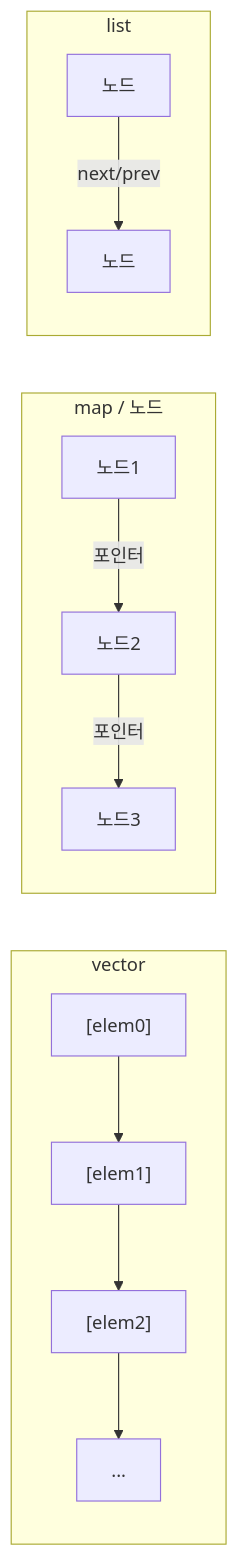
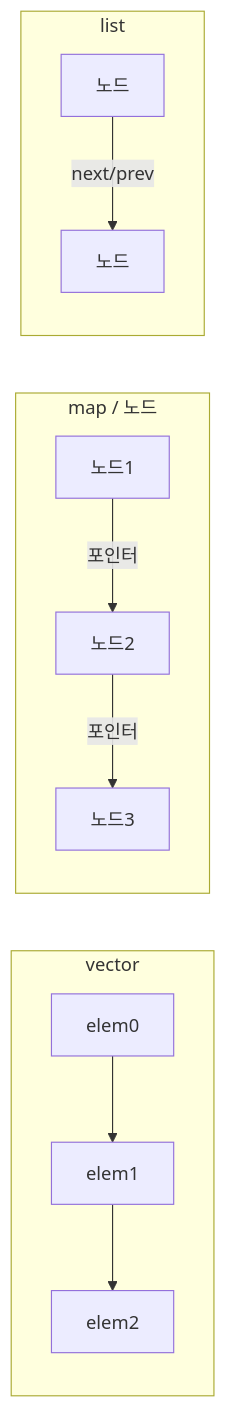
One commit to 42jerrykim/42jerrykim.github.io changed the diagram in content/collection/optimization-01-cpp-language/02-stl-container-cost/index.md. Above: the diagram before and after it, drawn with Mermaid. The commit also changed other lines of this file and 19 other files, not shown here.

````diff
--- a/content/collection/optimization-01-cpp-language/02-stl-container-cost/index.md
+++ b/content/collection/optimization-01-cpp-language/02-stl-container-cost/index.md
@@ -195,22 +157,21 @@
 ```mermaid
 flowchart LR
-  subgraph vec [vector]
-    V1["[elem0]"]
-    V2["[elem1]"]
-    V3["[elem2]"]
-    V4["..."]
-    V1 --> V2 --> V3 --> V4
+  subgraph vec ["vector"]
+    V1["elem0"]
+    V2["elem1"]
+    V3["elem2"]
+    V1 --> V2 --> V3
   end
-  subgraph map [map / 노드]
+  subgraph mp ["map / 노드"]
     M1["노드1"]
     M2["노드2"]
     M3["노드3"]
     M1 -->|"포인터"| M2
     M2 -->|"포인터"| M3
   end
-  subgraph list [list]
+  subgraph lst ["list"]
     L1["노드"]
     L2["노드"]
     L1 -->|"next/prev"| L2
   end
 ```
````
